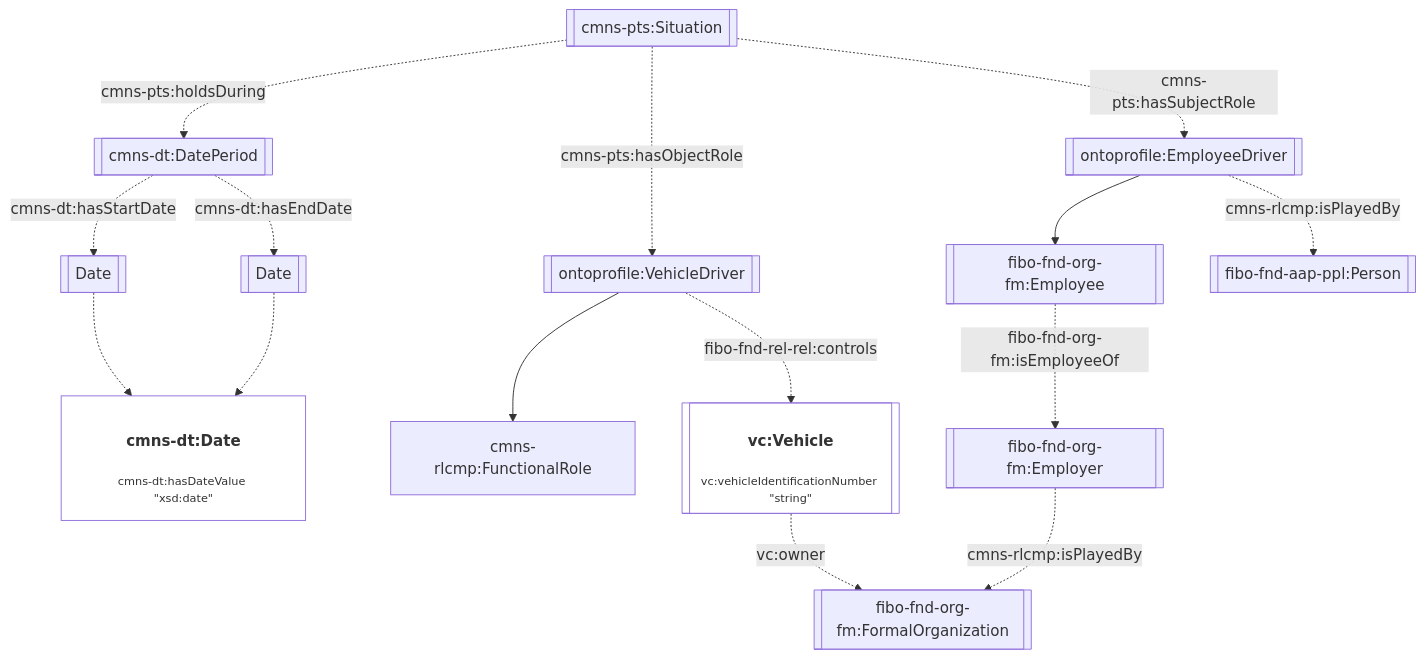
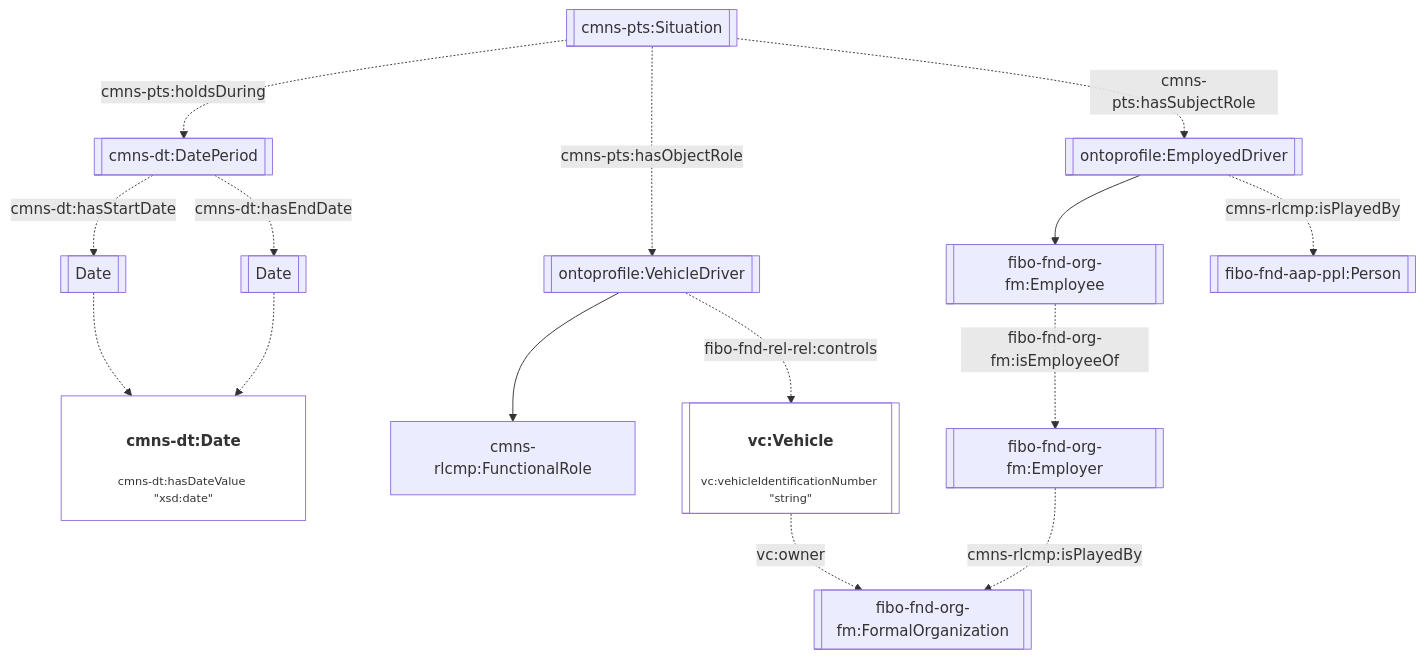
Before and after one commit to cambridge-cares/TheWorldAvatar: the sixth of 7 diagrams in JPS_Ontology/ontology/ontoprofile/README.MD, drawn with Mermaid. The commit also changed other lines of this file and 4 other files, not shown here.

Commit message:
dev-service-execution-ontology-extension: rename employee driver to employed driver

````diff
--- a/JPS_Ontology/ontology/ontoprofile/README.MD
+++ b/JPS_Ontology/ontology/ontoprofile/README.MD
@@ -198,24 +198,24 @@
 ```mermaid
 flowchart TD
     %% Styling
     classDef literal fill:none
     classDef node overflow-wrap:break-word,text-wrap:pretty
     linkStyle default overflow-wrap:break-word,text-wrap:pretty;
 
     %% Contents
-    Situation[[cmns-pts:Situation]] -. cmns-pts:hasSubjectRole .-> Driver[[ontoprofile:EmployeeDriver]]
+    Situation[[cmns-pts:Situation]] -. cmns-pts:hasSubjectRole .-> Driver[[ontoprofile:EmployedDriver]]
     Situation -. cmns-pts:hasObjectRole .-> VDriver[[ontoprofile:VehicleDriver]]
     Situation -. cmns-pts:holdsDuring .-> DatePeriod[[cmns-dt:DatePeriod]]
     DatePeriod -. cmns-dt:hasStartDate .-> StartDate[[Date]]
     DatePeriod -. cmns-dt:hasEndDate .-> EndDate[[Date]]
     StartDate -.-> Date["<h4>cmns-dt:Date</h4><p style='font-size:0.75rem;'>cmns-dt:hasDateValue &quot;xsd:date&quot;</p>"]:::literal
     EndDate -.-> Date
 
     Driver --> Employee[[fibo-fnd-org-fm:Employee]]
     Driver -. cmns-rlcmp:isPlayedBy .-> Person[[fibo-fnd-aap-ppl:Person]]
     VDriver --> cmns-rlcmp:FunctionalRole
     VDriver -. fibo-fnd-rel-rel:controls .-> Vehicle[["<h4>vc:Vehicle</h4><p style='font-size:0.75rem;'>vc:vehicleIdentificationNumber &quot;string&quot;</p>"]]:::literal
     Vehicle -. vc:owner .-> Org[[fibo-fnd-org-fm:FormalOrganization]]
     Employee -. fibo-fnd-org-fm:isEmployeeOf .-> Employer
     Employer[[fibo-fnd-org-fm:Employer]] -. cmns-rlcmp:isPlayedBy .-> Org
 ```
````
